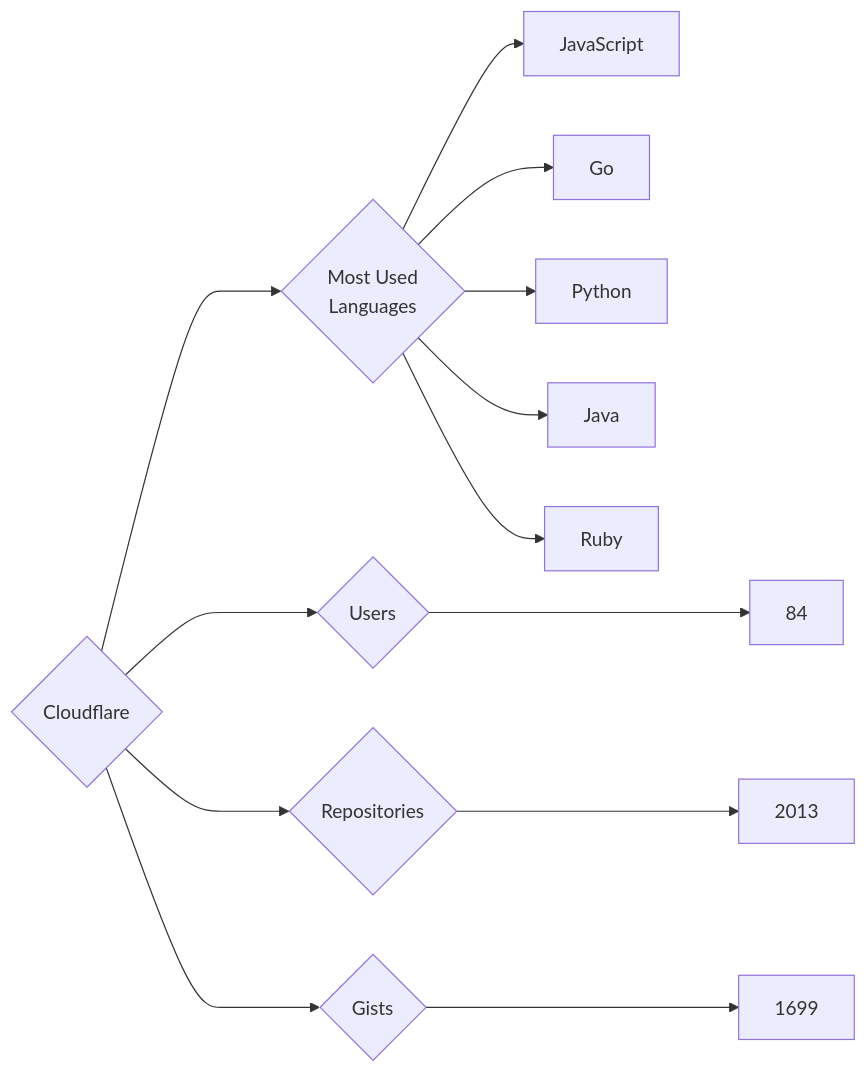
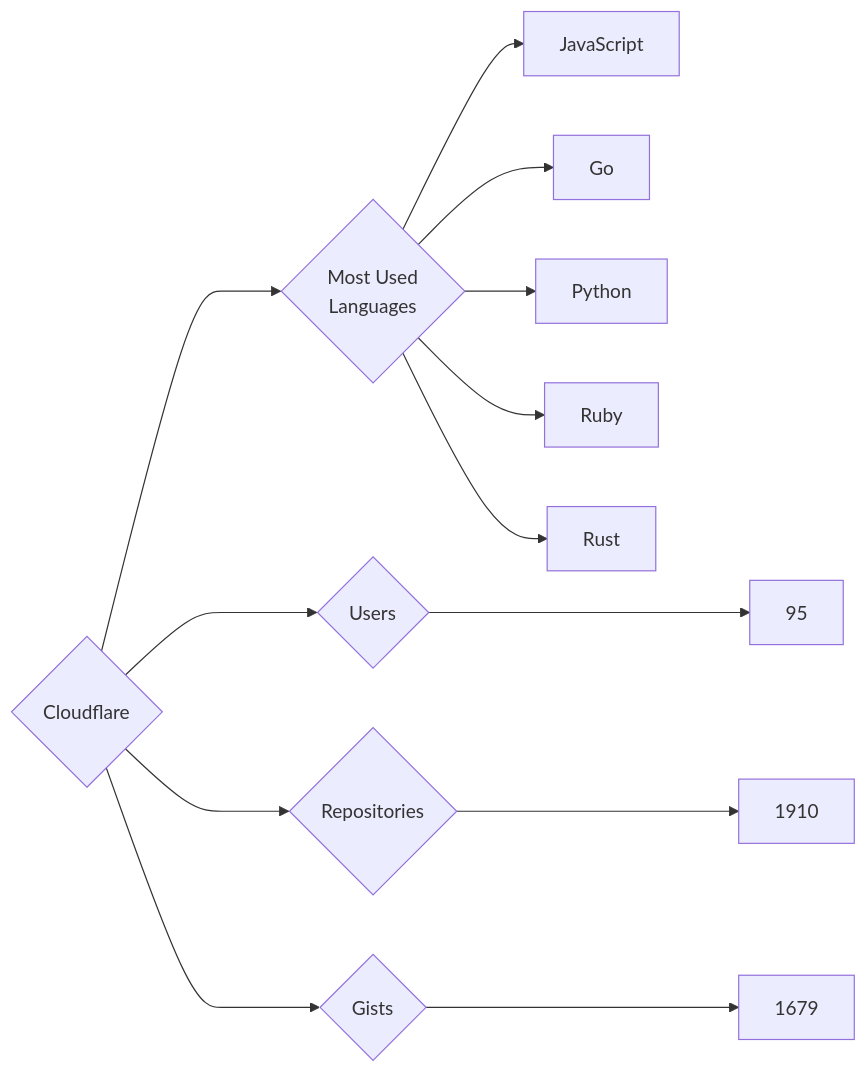
The diagram in targets/Cloudflare/README.md (trickest/insiders), drawn with Mermaid before and after one commit. The commit also changed 934 other files, not shown here.

````diff
--- a/targets/Cloudflare/README.md
+++ b/targets/Cloudflare/README.md
@@ -3,13 +3,13 @@
 ```mermaid
 graph LR
 COMPANY_NAME{Cloudflare}
-COMPANY_NAME ---> U{Users} ---> UN[84]
-COMPANY_NAME ---> R{Repositories} ---> RN[2013]
-COMPANY_NAME ---> G{Gists} ---> GN[1699]
+COMPANY_NAME ---> U{Users} ---> UN[95]
+COMPANY_NAME ---> R{Repositories} ---> RN[1910]
+COMPANY_NAME ---> G{Gists} ---> GN[1679]
 COMPANY_NAME ---> ML{Most Used<br>Languages}
 ML --> JavaScript[JavaScript]
 ML --> Go[Go]
 ML --> Python[Python]
-ML --> Java[Java]
 ML --> Ruby[Ruby]
+ML --> Rust[Rust]
 ```
````
